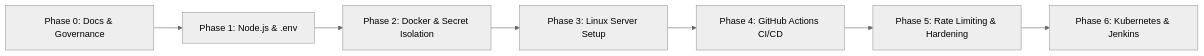
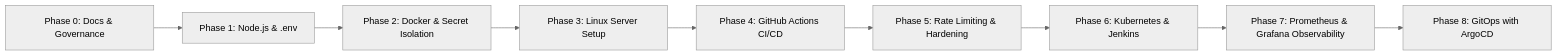
The diagram in README.md (ADITYAGUPTA112/Dockerized-Service-Architecture-Planning), drawn with Mermaid (neutral theme) before and after one commit. The commit also changed other lines of this file and 15 other files, not shown here.

Commit message:
feat(observability): add Prometheus metrics, ServiceMonitor, Grafana dashboard, and ArgoCD GitOps

````diff
--- a/README.md
+++ b/README.md
@@ -26,9 +26,11 @@
 ```mermaid
 flowchart LR
     P0["Phase 0: Docs & Governance"] --> P1["Phase 1: Node.js & .env"]
     P1 --> P2["Phase 2: Docker & Secret Isolation"]
     P2 --> P3["Phase 3: Linux Server Setup"]
     P3 --> P4["Phase 4: GitHub Actions CI/CD"]
     P4 --> P5["Phase 5: Rate Limiting & Hardening"]
     P5 --> P6["Phase 6: Kubernetes & Jenkins"]
+    P6 --> P7["Phase 7: Prometheus & Grafana Observability"]
+    P7 --> P8["Phase 8: GitOps with ArgoCD"]
 ```
````
